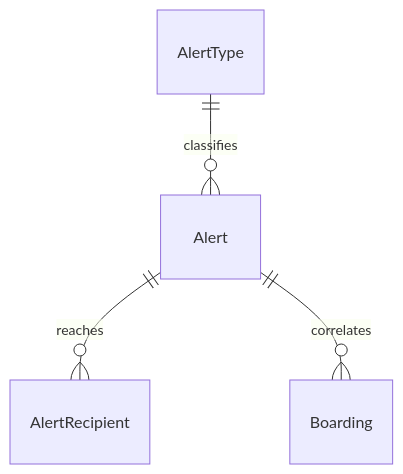
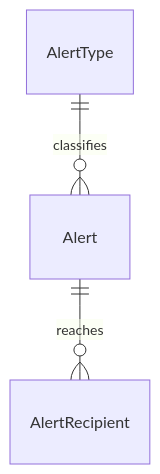
The diagram in 06-data/domain/notification.md (code-sena/sg-docs), drawn with Mermaid before and after one commit. The commit also changed other lines of this file and 9 other files, not shown here.

````diff
--- a/06-data/domain/notification.md
+++ b/06-data/domain/notification.md
@@ -189,6 +185,5 @@
 ```mermaid
 erDiagram
 		AlertType ||--o{ Alert : classifies
 		Alert ||--o{ AlertRecipient : reaches
-		Alert ||--o{ Boarding : correlates
 ```
````
